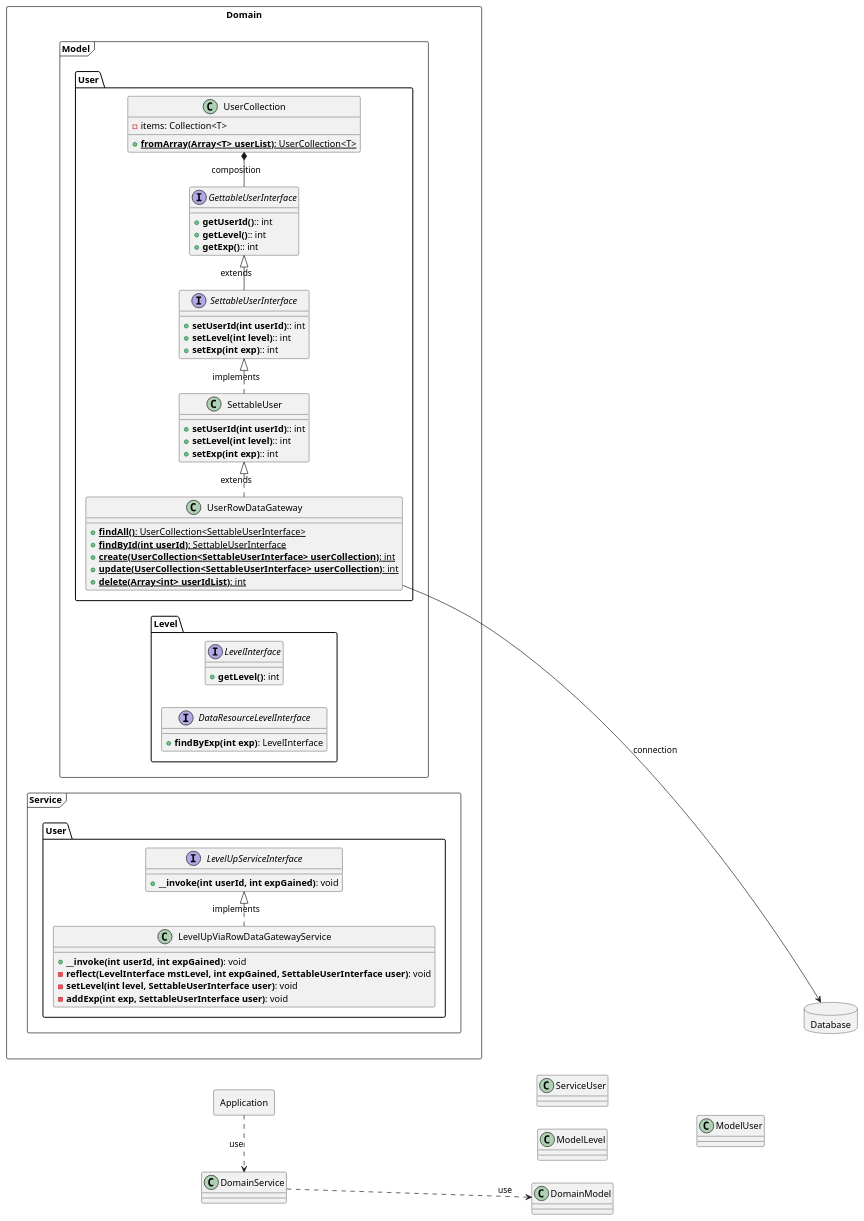
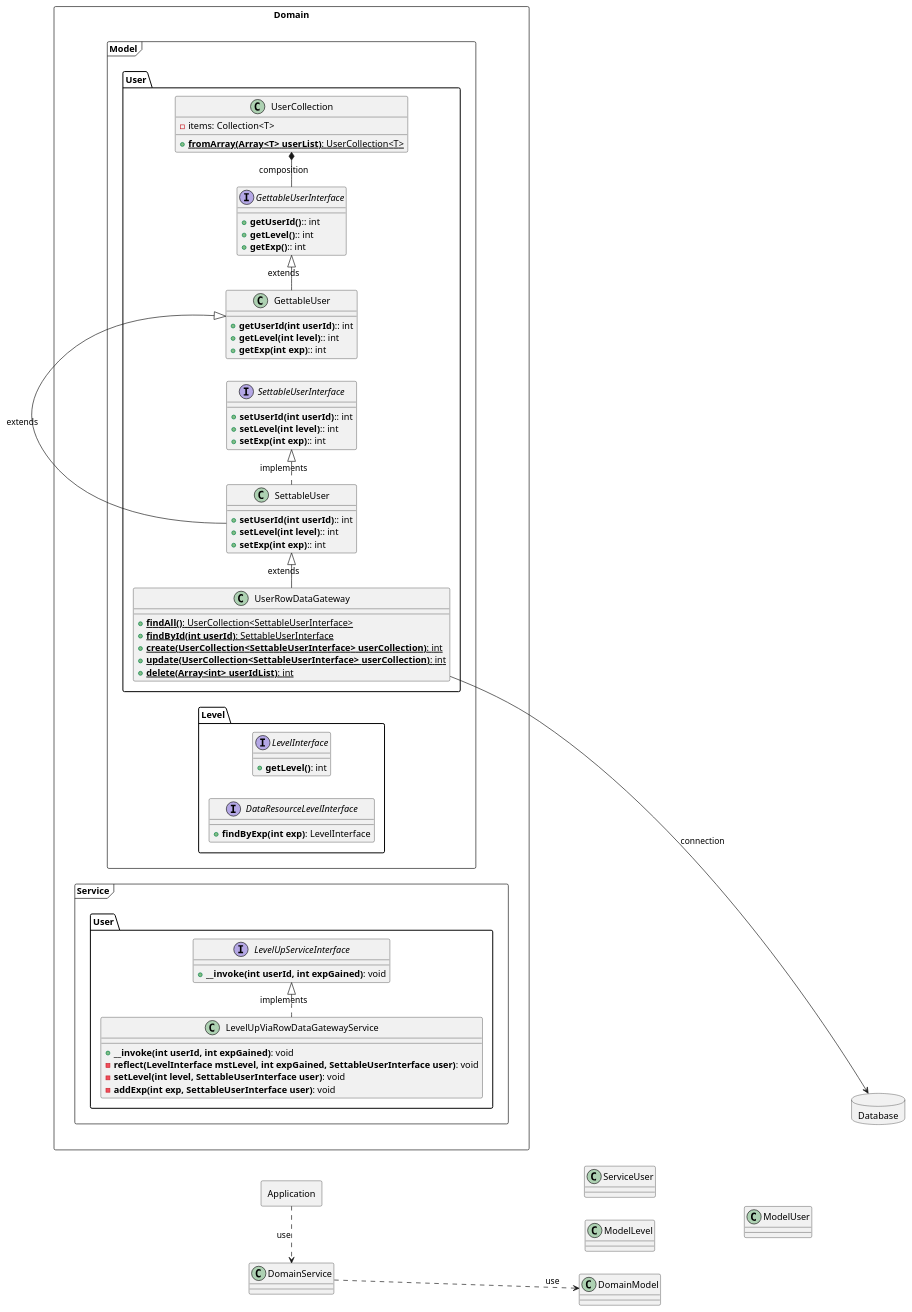
One commit to mexican-particles/mogmog changed the diagram in src/puml/classDiagram/userRowDataGateway.puml. Above: the diagram before and after it, drawn with PlantUML. The commit also changed 3 other files, not shown here.

```diff
--- a/src/puml/classDiagram/userRowDataGateway.puml
+++ b/src/puml/classDiagram/userRowDataGateway.puml
@@ -1,96 +1,100 @@
 @startuml
 'https://plantuml.com/class-diagram
 
 left to right direction
 
-' 表示用の調整
 Application --[hidden]down> ServiceUser
 Domain ----[hidden]down> Database
 
 ServiceUser --[hidden]down> ModelUser
 ModelLevel --[hidden]down> ModelUser
 
 Application .> DomainService: use
 DomainService ..> DomainModel: use
 
 package Application <<Rectangle>> {
 }
 
 package Domain <<Rectangle>> {
     package Model as DomainModel <<Frame>> {
         package User as ModelUser <<Folder>> {
             class UserCollection {
                 - items: Collection<T>
                 + {static} **fromArray(Array<T> userList)**: UserCollection<T>
             }
 
             interface GettableUserInterface {
                 + **getUserId()**:: int
                 + **getLevel()**:: int
                 + **getExp()**:: int
+            }
+
+            class GettableUser {
+                + **getUserId(int userId)**:: int
+                + **getLevel(int level)**:: int
+                + **getExp(int exp)**:: int
             }
 
             interface SettableUserInterface {
                 + **setUserId(int userId)**:: int
                 + **setLevel(int level)**:: int
                 + **setExp(int exp)**:: int
             }
 
             class SettableUser {
                 + **setUserId(int userId)**:: int
                 + **setLevel(int level)**:: int
                 + **setExp(int exp)**:: int
             }
 
             class UserRowDataGateway {
                 + {static} **findAll()**: UserCollection<SettableUserInterface>
                 + {static} **findById(int userId)**: SettableUserInterface
                 + {static} **create(UserCollection<SettableUserInterface> userCollection)**: int
                 + {static} **update(UserCollection<SettableUserInterface> userCollection)**: int
                 + {static} **delete(Array<int> userIdList)**: int
             }
         }
 
         package Level as ModelLevel <<Folder>> {
             interface LevelInterface {
                 + **getLevel()**: int
             }
+
             interface DataResourceLevelInterface {
                 + **findByExp(int exp)**: LevelInterface
             }
         }
     }
 
     package Service as DomainService <<Frame>> {
         package User as ServiceUser <<Folder>> {
             interface LevelUpServiceInterface {
                 + **__invoke(int userId, int expGained)**: void
             }
 
             class LevelUpViaRowDataGatewayService {
                 + **__invoke(int userId, int expGained)**: void
                 - **reflect(LevelInterface mstLevel, int expGained, SettableUserInterface user)**: void
                 - **setLevel(int level, SettableUserInterface user)**: void
                 - **addExp(int exp, SettableUserInterface user)**: void
             }
         }
     }
 }
 
-'サービス / TableDataGateway と同じ
 LevelUpViaRowDataGatewayService .|> LevelUpServiceInterface: implements
 
-'モデルのインターフェース / TableDataGateway と同じ
 GettableUserInterface -* UserCollection: composition
-SettableUserInterface -|> GettableUserInterface: extends
 
-'モデルの具象 / TableDataGateway とは異なる
+GettableUser -|> GettableUserInterface: extends
 SettableUser .|> SettableUserInterface: implements
-UserRowDataGateway .|> SettableUser: extends
+SettableUser -|> GettableUser: extends
+UserRowDataGateway -|> SettableUser: extends
 
 package Database <<Database>> {
 }
 
 UserRowDataGateway -right-> Database: connection
 
 @enduml
```
